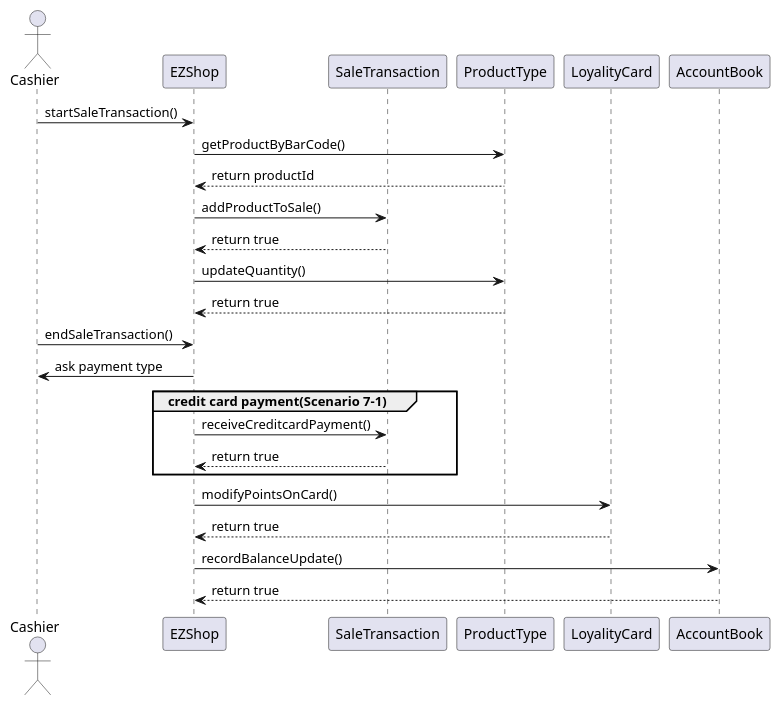
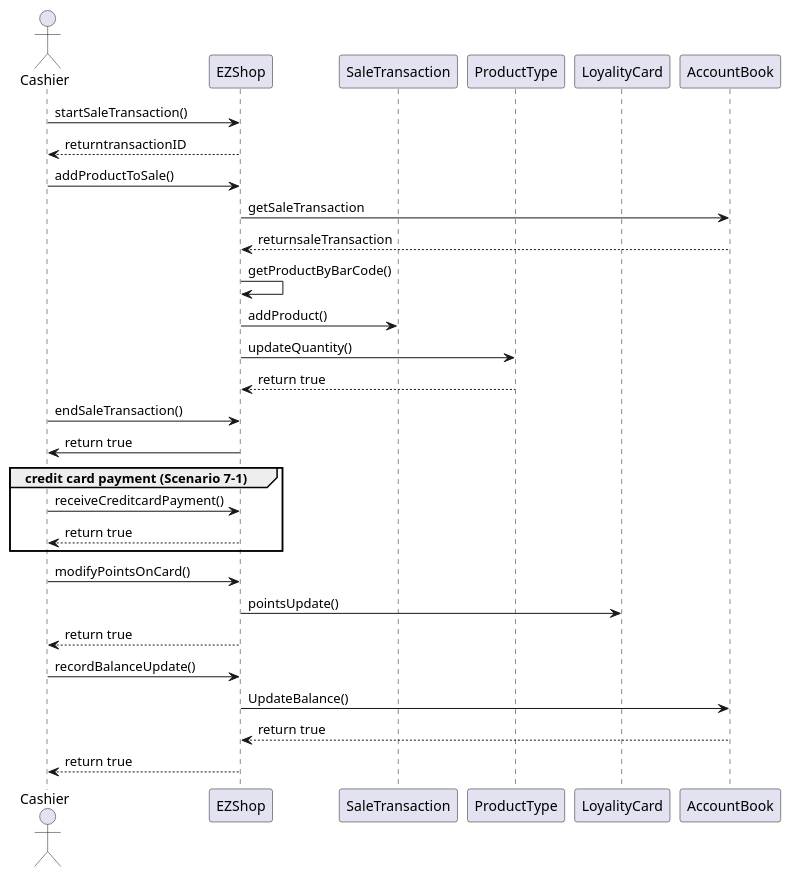
One commit to BMike10/EzShop changed the seventh of 10 diagrams in Deliverables/DesignDocument.md. Above: the diagram before and after it, drawn with PlantUML. The commit also changed other lines of this file, not shown here.

````diff
--- a/Deliverables/DesignDocument.md
+++ b/Deliverables/DesignDocument.md
@@ -421,35 +425,34 @@
 ```plantuml
 @startuml
 actor "Cashier" as c
 participant EZShop as ezs
 participant SaleTransaction as st
 participant ProductType as pt
 participant LoyalityCard as l 
 participant AccountBook as a 
 
-' start new sale transaction
 c -> ezs: startSaleTransaction()
-' get product by barCode
-ezs -> pt:getProductByBarCode()
-pt --> ezs:return productId
-' add new product to saleTransaction(succesfull)
-' update available quantity(succesfull)
-ezs -> st:addProductToSale()
-st --> ezs:return true
+ezs-->c: returntransactionID
+c -> ezs:addProductToSale()
+ezs->a: getSaleTransaction
+a-->ezs: returnsaleTransaction
+ezs -> ezs:getProductByBarCode()
+ezs -> st:addProduct()
 ezs -> pt:updateQuantity()
 pt --> ezs:return true
-' cashier closes a transaction(succesfull)
 c -> ezs: endSaleTransaction()
-'system asks C for payment type
-c <-ezs:ask payment type
-group credit card payment(Scenario 7-1)
-ezs -> st: receiveCreditcardPayment()
-st --> ezs: return true
+ezs->c: return true
+group credit card payment (Scenario 7-1)
+c -> ezs: receiveCreditcardPayment()
+ezs --> c: return true
 end
-ezs->l:modifyPointsOnCard()
-l --> ezs: return true
-ezs->a:recordBalanceUpdate()
+c->ezs:modifyPointsOnCard()
+ezs->l:pointsUpdate()
+ezs --> c: return true
+c->ezs:recordBalanceUpdate()
+ezs->a:UpdateBalance()
 a-->ezs: return true
+ezs-->c:return true
 
 @enduml
 ```
````
